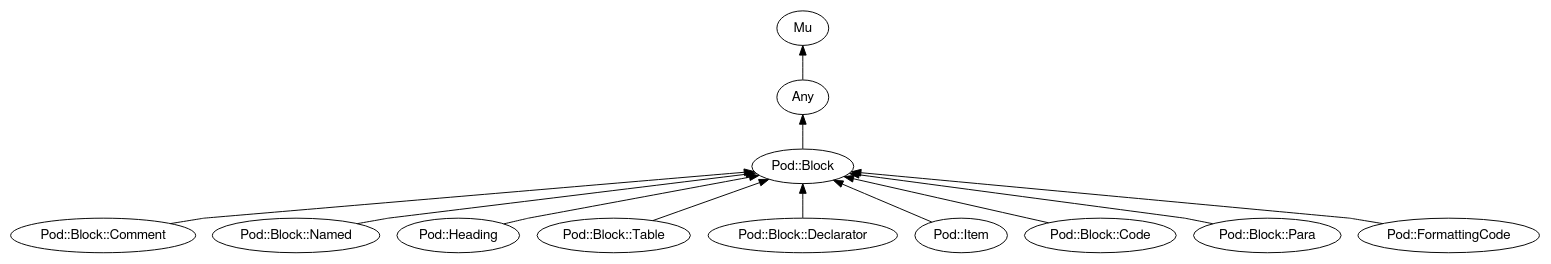
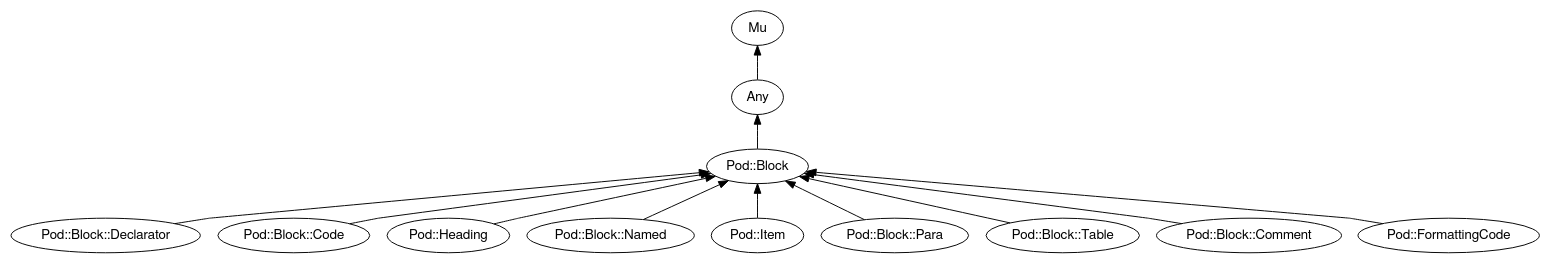
The diagram in images/type-graph-Pod::Block.svg.dot (perl6docs/perl6docs.github.io), drawn with Graphviz before and after one commit. The commit also changed other lines of this file and 4486 other files, not shown here.

```diff
--- a/images/type-graph-Pod::Block.svg.dot
+++ b/images/type-graph-Pod::Block.svg.dot
@@ -1,33 +1,33 @@
 digraph "perl6-type-graph" {
     rankdir=BT;
     splines=polyline;
     overlap=false; 
     // Types
     "Pod::Block" [color="#000000", fontcolor="#000000", href="/type/Pod::Block", fontname="FreeSans"];
     "Mu" [color="#000000", fontcolor="#000000", href="/type/Mu", fontname="FreeSans"];
     "Any" [color="#000000", fontcolor="#000000", href="/type/Any", fontname="FreeSans"];
+    "Pod::Block::Declarator" [color="#000000", fontcolor="#000000", href="/type/Pod::Block::Declarator", fontname="FreeSans"];
+    "Pod::Block::Code" [color="#000000", fontcolor="#000000", href="/type/Pod::Block::Code", fontname="FreeSans"];
+    "Pod::Heading" [color="#000000", fontcolor="#000000", href="/type/Pod::Heading", fontname="FreeSans"];
+    "Pod::Block::Named" [color="#000000", fontcolor="#000000", href="/type/Pod::Block::Named", fontname="FreeSans"];
+    "Pod::Item" [color="#000000", fontcolor="#000000", href="/type/Pod::Item", fontname="FreeSans"];
+    "Pod::Block::Para" [color="#000000", fontcolor="#000000", href="/type/Pod::Block::Para", fontname="FreeSans"];
+    "Pod::Block::Table" [color="#000000", fontcolor="#000000", href="/type/Pod::Block::Table", fontname="FreeSans"];
     "Pod::Block::Comment" [color="#000000", fontcolor="#000000", href="/type/Pod::Block::Comment", fontname="FreeSans"];
-    "Pod::Block::Named" [color="#000000", fontcolor="#000000", href="/type/Pod::Block::Named", fontname="FreeSans"];
-    "Pod::Heading" [color="#000000", fontcolor="#000000", href="/type/Pod::Heading", fontname="FreeSans"];
-    "Pod::Block::Table" [color="#000000", fontcolor="#000000", href="/type/Pod::Block::Table", fontname="FreeSans"];
-    "Pod::Block::Declarator" [color="#000000", fontcolor="#000000", href="/type/Pod::Block::Declarator", fontname="FreeSans"];
-    "Pod::Item" [color="#000000", fontcolor="#000000", href="/type/Pod::Item", fontname="FreeSans"];
-    "Pod::Block::Code" [color="#000000", fontcolor="#000000", href="/type/Pod::Block::Code", fontname="FreeSans"];
-    "Pod::Block::Para" [color="#000000", fontcolor="#000000", href="/type/Pod::Block::Para", fontname="FreeSans"];
     "Pod::FormattingCode" [color="#000000", fontcolor="#000000", href="/type/Pod::FormattingCode", fontname="FreeSans"];
 
     // Superclasses
     "Pod::Block" -> "Any" [color="#000000"];
     "Any" -> "Mu" [color="#000000"];
+    "Pod::Block::Declarator" -> "Pod::Block" [color="#000000"];
+    "Pod::Block::Code" -> "Pod::Block" [color="#000000"];
+    "Pod::Heading" -> "Pod::Block" [color="#000000"];
+    "Pod::Block::Named" -> "Pod::Block" [color="#000000"];
+    "Pod::Item" -> "Pod::Block" [color="#000000"];
+    "Pod::Block::Para" -> "Pod::Block" [color="#000000"];
+    "Pod::Block::Table" -> "Pod::Block" [color="#000000"];
     "Pod::Block::Comment" -> "Pod::Block" [color="#000000"];
-    "Pod::Block::Named" -> "Pod::Block" [color="#000000"];
-    "Pod::Heading" -> "Pod::Block" [color="#000000"];
-    "Pod::Block::Table" -> "Pod::Block" [color="#000000"];
-    "Pod::Block::Declarator" -> "Pod::Block" [color="#000000"];
-    "Pod::Item" -> "Pod::Block" [color="#000000"];
-    "Pod::Block::Code" -> "Pod::Block" [color="#000000"];
-    "Pod::Block::Para" -> "Pod::Block" [color="#000000"];
     "Pod::FormattingCode" -> "Pod::Block" [color="#000000"];
 
     // Roles
 }
```
